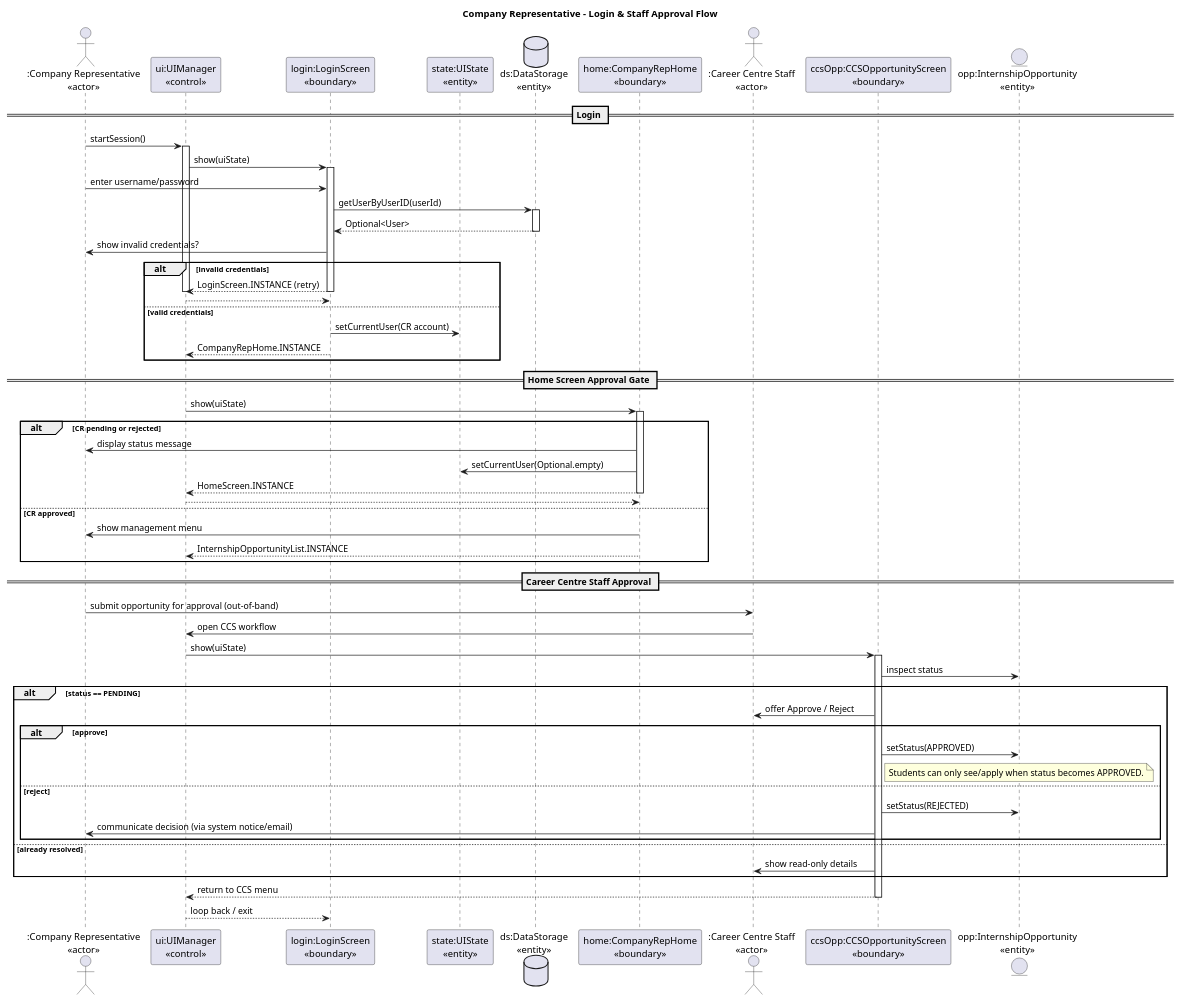
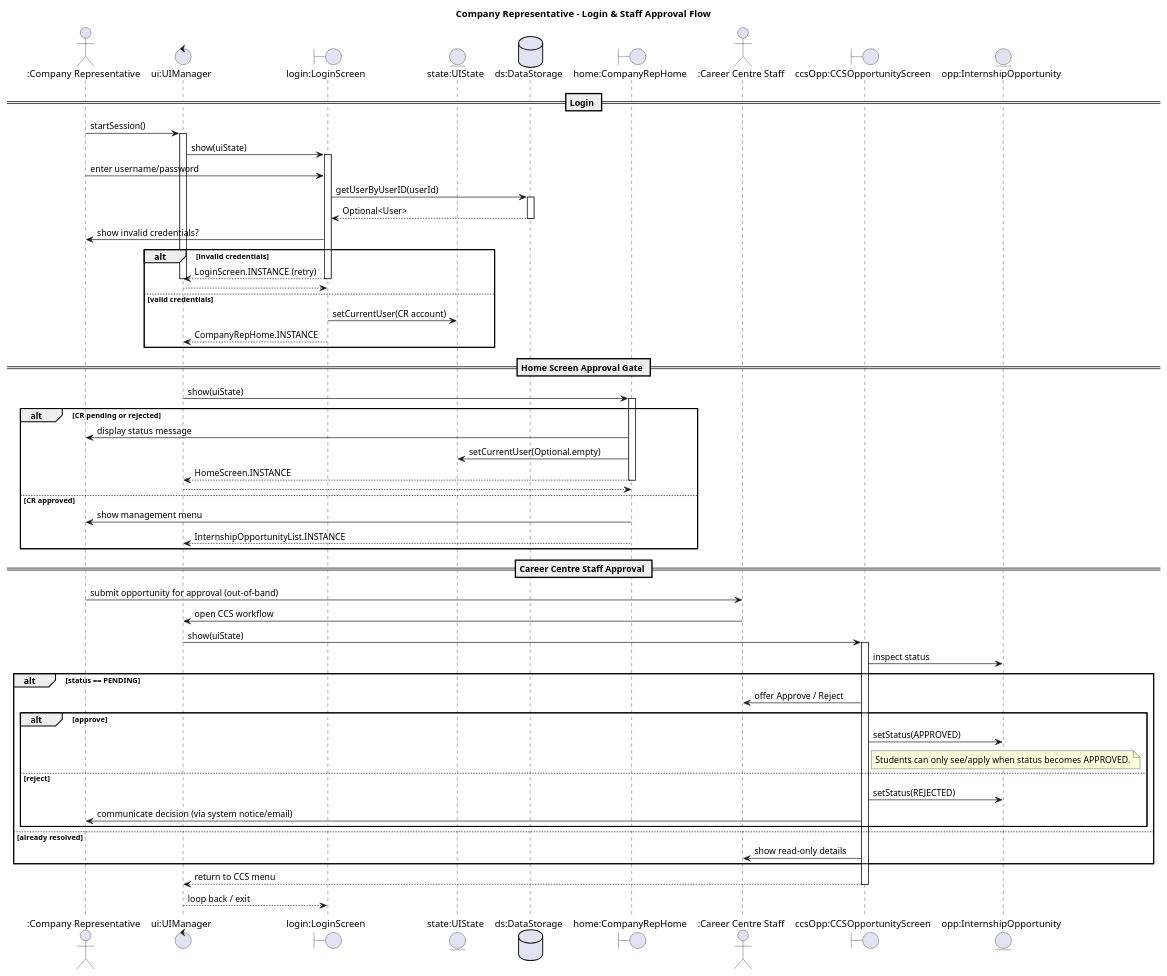
One commit to wangxinyue9/SC2002 changed the diagram in docs/internship_management_system/UMLDiagrams/SequenceDiagrams/company_rep_login_and_approval.puml. Above: the diagram before and after it, drawn with PlantUML. The commit also changed 3 other files, not shown here.

Commit message:
edited the sequence diagrams to show the uml class stereotypes correctly

```diff
--- a/docs/internship_management_system/UMLDiagrams/SequenceDiagrams/company_rep_login_and_approval.puml
+++ b/docs/internship_management_system/UMLDiagrams/SequenceDiagrams/company_rep_login_and_approval.puml
@@ -1,77 +1,77 @@
 @startuml
-title Company Representative – Login & Staff Approval Flow
+title Company Representative - Login & Staff Approval Flow
 
-actor ":Company Representative\n<<actor>>" as CR
-participant "ui:UIManager\n<<control>>" as UIManager
-participant "login:LoginScreen\n<<boundary>>" as LoginScreen
-participant "state:UIState\n<<entity>>" as UIState
-database "ds:DataStorage\n<<entity>>" as DataStorage
-participant "home:CompanyRepHome\n<<boundary>>" as CompanyRepHome
-actor ":Career Centre Staff\n<<actor>>" as CCS
-participant "ccsOpp:CCSOpportunityScreen\n<<boundary>>" as CCSOpp
-entity "opp:InternshipOpportunity\n<<entity>>" as Opportunity
+actor ":Company Representative" as CR
+control "ui:UIManager" as UIManager
+boundary "login:LoginScreen" as LoginScreen
+entity "state:UIState" as UIState
+database "ds:DataStorage" as DataStorage
+boundary "home:CompanyRepHome" as CompanyRepHome
+actor ":Career Centre Staff" as CCS
+boundary "ccsOpp:CCSOpportunityScreen" as CCSOpp
+entity "opp:InternshipOpportunity" as Opportunity
 
 == Login ==
 CR -> UIManager: startSession()
 activate UIManager
 UIManager -> LoginScreen: show(uiState)
 activate LoginScreen
 CR -> LoginScreen: enter username/password
 LoginScreen -> DataStorage: getUserByUserID(userId)
 activate DataStorage
 DataStorage --> LoginScreen: Optional<User>
 deactivate DataStorage
 LoginScreen -> CR: show invalid credentials?
 alt invalid credentials
     LoginScreen --> UIManager: LoginScreen.INSTANCE (retry)
     deactivate LoginScreen
     deactivate UIManager
     return
 else valid credentials
     LoginScreen -> UIState: setCurrentUser(CR account)
     LoginScreen --> UIManager: CompanyRepHome.INSTANCE
 end
 deactivate LoginScreen
 
 == Home Screen Approval Gate ==
 UIManager -> CompanyRepHome: show(uiState)
 activate CompanyRepHome
 alt CR pending or rejected
     CompanyRepHome -> CR: display status message
     CompanyRepHome -> UIState: setCurrentUser(Optional.empty)
     CompanyRepHome --> UIManager: HomeScreen.INSTANCE
     deactivate CompanyRepHome
     deactivate UIManager
     return
 else CR approved
     CompanyRepHome -> CR: show management menu
     CompanyRepHome --> UIManager: InternshipOpportunityList.INSTANCE
 end
 deactivate CompanyRepHome
 
 == Career Centre Staff Approval ==
 CR -> CCS: submit opportunity for approval (out-of-band)
 CCS -> UIManager: open CCS workflow
 UIManager -> CCSOpp: show(uiState)
 activate CCSOpp
 CCSOpp -> Opportunity: inspect status
 alt status == PENDING
     CCSOpp -> CCS: offer Approve / Reject
     alt approve
         CCSOpp -> Opportunity: setStatus(APPROVED)
         note right of CCSOpp
         Students can only see/apply when status becomes APPROVED.
         end note
     else reject
         CCSOpp -> Opportunity: setStatus(REJECTED)
         CCSOpp -> CR: communicate decision (via system notice/email)
     end
 else already resolved
     CCSOpp -> CCS: show read-only details
 end
 CCSOpp --> UIManager: return to CCS menu
 deactivate CCSOpp
 
 UIManager --> LoginScreen: loop back / exit
 deactivate UIManager
 @enduml
```
